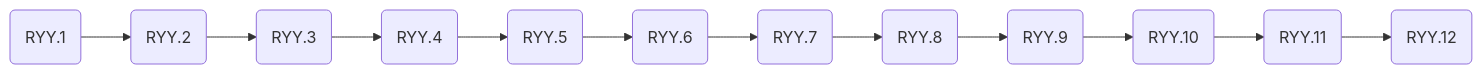
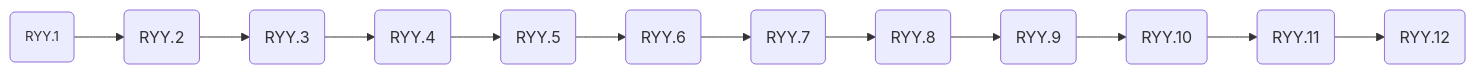
One commit to spectrum-health-systems/tingen-documentation changed the first of 4 diagrams in dev/development-timeline.md. Above: the diagram before and after it, drawn with Mermaid.

````diff
--- a/dev/development-timeline.md
+++ b/dev/development-timeline.md
@@ -20,25 +20,25 @@
 ```mermaid
 flowchart LR
     %% Components
     January@{shape: rounded, label: "RYY.1"}
     February@{shape: rounded, label: "RYY.2"}
     March@{shape: rounded, label: "RYY.3"}
     April@{shape: rounded, label: "RYY.4"}
     May@{shape: rounded, label: "RYY.5"}
     June@{shape: rounded, label: "RYY.6"}
     July@{shape: rounded, label: "RYY.7"}
     August@{shape: rounded, label: "RYY.8"}
     September@{shape: rounded, label: "RYY.9"}
     October@{shape: rounded, label: "RYY.10"}
     November@{shape: rounded, label: "RYY.11"}
     December@{shape: rounded, label: "RYY.12"}
     %% Layout
-    January:::aa --> February --> March --> April --> May --> June --> July --> August --> September --> October --> November --> December
+    January:::aa_ --> February --> March --> April --> May --> June --> July --> August --> September --> October --> November --> December
     %% Styles
     classDef aa_ font-size:10pt
     classDef Y8_ stroke:#7d6608,stroke-width:3px,fill:#d4ac0d,color:#fef9e7
     classDef U3_ stroke:#eaf2f8,stroke-width:3px,fill:#2471a3,color:#eaf2f8
     classDef P3_ stroke:#f5eef8,stroke-width:3px,fill:#884ea0,color:#f5eef8
     classDef G3_ stroke:#e9f7ef,stroke-width:3px,fill:#1d8348,color:#e9f7ef
     classDef B8_ stroke:#626567,stroke-width:3px,fill:#000000,color:#626567 
 ```
````
